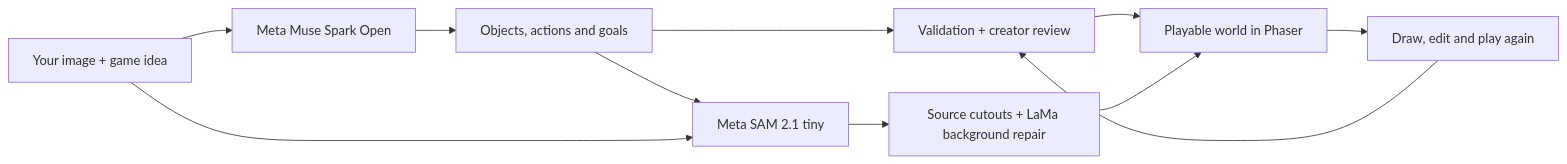
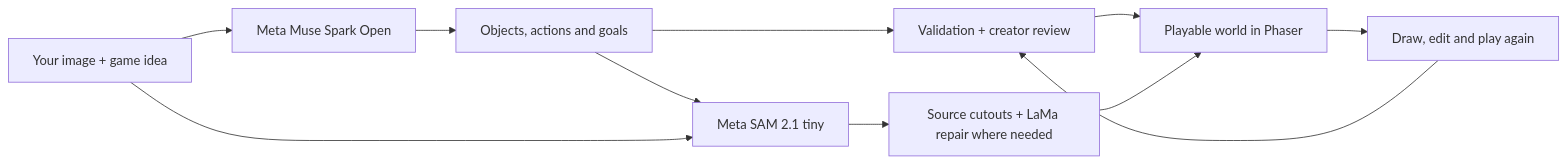
One commit to sreenathmmenon/doodlume changed the diagram in BLOG.md. Above: the diagram before and after it, drawn with Mermaid. The commit also changed other lines of this file, not shown here.

````diff
--- a/BLOG.md
+++ b/BLOG.md
@@ -63,13 +65,13 @@
 ```mermaid
 flowchart LR
     A[Your image + game idea] --> B[Meta Muse Spark Open]
     B --> C[Objects, actions and goals]
     C --> D[Validation + creator review]
     C --> E[Meta SAM 2.1 tiny]
     A --> E
-    E --> F[Source cutouts + LaMa background repair]
+    E --> F[Source cutouts + LaMa repair where needed]
     D --> G[Playable world in Phaser]
     F --> G
     G --> H[Draw, edit and play again]
     H --> D
 ```
````
